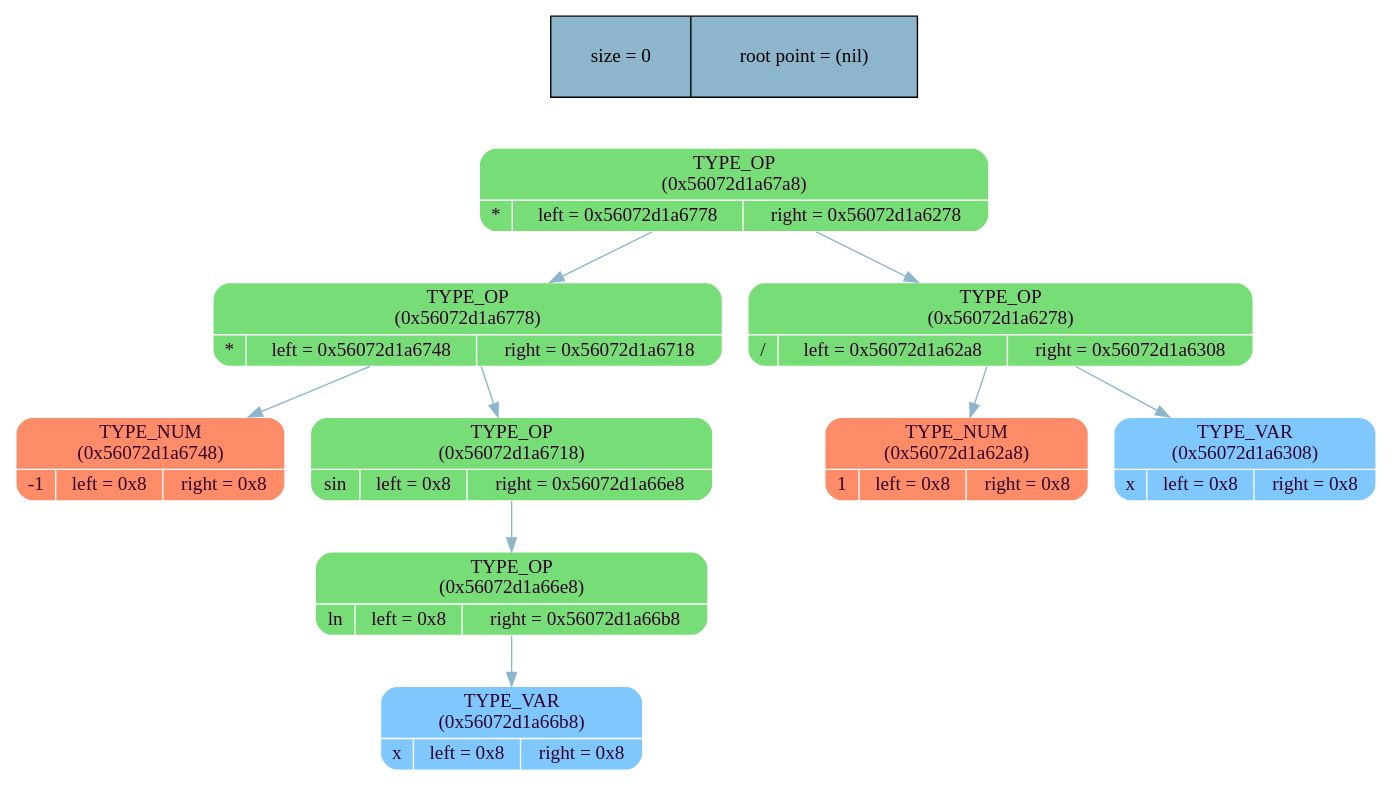
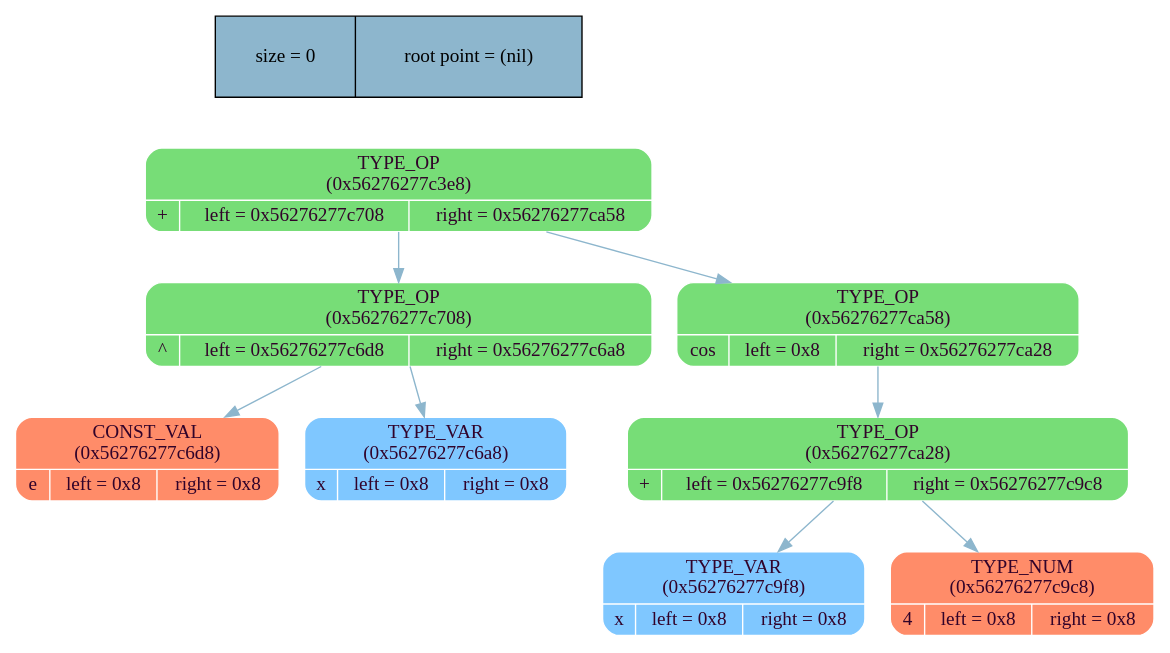
Before and after one commit to MaxGroshev/differentiator: the diagram in tree/graph_lib/tree_dump.dot, drawn with Graphviz. The commit also changed 18 other files, not shown here.

```diff
--- a/tree/graph_lib/tree_dump.dot
+++ b/tree/graph_lib/tree_dump.dot
@@ -1,26 +1,24 @@
 digraph   
 {
 rankdir = ""
 splines = "true"
 
 node_stat [margin = "0.3*0.3", style = "filled", shape = "record", fillcolor = "#8DB6CD" label = " size = 0 | root point = (nil)"]
 {rank = source; node_stat}
 
-node0x56072d1a67a8 [shape = "Mrecord", fillcolor = "#77DD77", style = "filled", fontcolor = "#31032A", fontname = "Calibri", color = "white", label = "{TYPE_OP\n (0x56072d1a67a8)| {* |left = 0x56072d1a6778 |right = 0x56072d1a6278}}"]
-node0x56072d1a67a8 -> node0x56072d1a6778 [color = "#8DB6CD", style = "", constraint = true, fillcolor = "#8DB6CD",   fontcolor = "", fontname = "Calibri", label = ""];
-node0x56072d1a6778 [shape = "Mrecord", fillcolor = "#77DD77", style = "filled", fontcolor = "#31032A", fontname = "Calibri", color = "white", label = "{TYPE_OP\n (0x56072d1a6778)| {* |left = 0x56072d1a6748 |right = 0x56072d1a6718}}"]
-node0x56072d1a6778 -> node0x56072d1a6748 [color = "#8DB6CD", style = "", constraint = true, fillcolor = "#8DB6CD",   fontcolor = "", fontname = "Calibri", label = ""];
-node0x56072d1a6748 [shape = "Mrecord", fillcolor = "#FF8C69", style = "filled", fontcolor = "#31032A", fontname = "Calibri", color = "white", label = "{TYPE_NUM\n (0x56072d1a6748)| {-1 |left = 0x8 |right = 0x8}}"]
-node0x56072d1a6778 -> node0x56072d1a6718 [color = "#8DB6CD", style = "", constraint = true, fillcolor = "#8DB6CD",   fontcolor = "", fontname = "Calibri", label = ""];
-node0x56072d1a6718 [shape = "Mrecord", fillcolor = "#77DD77", style = "filled", fontcolor = "#31032A", fontname = "Calibri", color = "white", label = "{TYPE_OP\n (0x56072d1a6718)| {sin |left = 0x8 |right = 0x56072d1a66e8}}"]
-node0x56072d1a6718 -> node0x56072d1a66e8 [color = "#8DB6CD", style = "", constraint = true, fillcolor = "#8DB6CD",   fontcolor = "", fontname = "Calibri", label = ""];
-node0x56072d1a66e8 [shape = "Mrecord", fillcolor = "#77DD77", style = "filled", fontcolor = "#31032A", fontname = "Calibri", color = "white", label = "{TYPE_OP\n (0x56072d1a66e8)| {ln |left = 0x8 |right = 0x56072d1a66b8}}"]
-node0x56072d1a66e8 -> node0x56072d1a66b8 [color = "#8DB6CD", style = "", constraint = true, fillcolor = "#8DB6CD",   fontcolor = "", fontname = "Calibri", label = ""];
-node0x56072d1a66b8 [shape = "Mrecord", fillcolor = "#7FC7FF", style = "filled", fontcolor = "#31032A", fontname = "Calibri", color = "white", label = "{TYPE_VAR\n (0x56072d1a66b8)| {x |left = 0x8 |right = 0x8}}"]
-node0x56072d1a67a8 -> node0x56072d1a6278 [color = "#8DB6CD", style = "", constraint = true, fillcolor = "#8DB6CD",   fontcolor = "", fontname = "Calibri", label = ""];
-node0x56072d1a6278 [shape = "Mrecord", fillcolor = "#77DD77", style = "filled", fontcolor = "#31032A", fontname = "Calibri", color = "white", label = "{TYPE_OP\n (0x56072d1a6278)| {/ |left = 0x56072d1a62a8 |right = 0x56072d1a6308}}"]
-node0x56072d1a6278 -> node0x56072d1a62a8 [color = "#8DB6CD", style = "", constraint = true, fillcolor = "#8DB6CD",   fontcolor = "", fontname = "Calibri", label = ""];
-node0x56072d1a62a8 [shape = "Mrecord", fillcolor = "#FF8C69", style = "filled", fontcolor = "#31032A", fontname = "Calibri", color = "white", label = "{TYPE_NUM\n (0x56072d1a62a8)| {1 |left = 0x8 |right = 0x8}}"]
-node0x56072d1a6278 -> node0x56072d1a6308 [color = "#8DB6CD", style = "", constraint = true, fillcolor = "#8DB6CD",   fontcolor = "", fontname = "Calibri", label = ""];
-node0x56072d1a6308 [shape = "Mrecord", fillcolor = "#7FC7FF", style = "filled", fontcolor = "#31032A", fontname = "Calibri", color = "white", label = "{TYPE_VAR\n (0x56072d1a6308)| {x |left = 0x8 |right = 0x8}}"]
+node0x56276277c3e8 [shape = "Mrecord", fillcolor = "#77DD77", style = "filled", fontcolor = "#31032A", fontname = "Calibri", color = "white", label = "{TYPE_OP\n (0x56276277c3e8)| {+ |left = 0x56276277c708 |right = 0x56276277ca58}}"]
+node0x56276277c3e8 -> node0x56276277c708 [color = "#8DB6CD", style = "", constraint = true, fillcolor = "#8DB6CD",   fontcolor = "", fontname = "Calibri", label = ""];
+node0x56276277c708 [shape = "Mrecord", fillcolor = "#77DD77", style = "filled", fontcolor = "#31032A", fontname = "Calibri", color = "white", label = "{TYPE_OP\n (0x56276277c708)| {^ |left = 0x56276277c6d8 |right = 0x56276277c6a8}}"]
+node0x56276277c708 -> node0x56276277c6d8 [color = "#8DB6CD", style = "", constraint = true, fillcolor = "#8DB6CD",   fontcolor = "", fontname = "Calibri", label = ""];
+node0x56276277c6d8 [shape = "Mrecord", fillcolor = "#FF8C69", style = "filled", fontcolor = "#31032A", fontname = "Calibri", color = "white", label = "{CONST_VAL\n (0x56276277c6d8)| {e |left = 0x8 |right = 0x8}}"]
+node0x56276277c708 -> node0x56276277c6a8 [color = "#8DB6CD", style = "", constraint = true, fillcolor = "#8DB6CD",   fontcolor = "", fontname = "Calibri", label = ""];
+node0x56276277c6a8 [shape = "Mrecord", fillcolor = "#7FC7FF", style = "filled", fontcolor = "#31032A", fontname = "Calibri", color = "white", label = "{TYPE_VAR\n (0x56276277c6a8)| {x |left = 0x8 |right = 0x8}}"]
+node0x56276277c3e8 -> node0x56276277ca58 [color = "#8DB6CD", style = "", constraint = true, fillcolor = "#8DB6CD",   fontcolor = "", fontname = "Calibri", label = ""];
+node0x56276277ca58 [shape = "Mrecord", fillcolor = "#77DD77", style = "filled", fontcolor = "#31032A", fontname = "Calibri", color = "white", label = "{TYPE_OP\n (0x56276277ca58)| {cos |left = 0x8 |right = 0x56276277ca28}}"]
+node0x56276277ca58 -> node0x56276277ca28 [color = "#8DB6CD", style = "", constraint = true, fillcolor = "#8DB6CD",   fontcolor = "", fontname = "Calibri", label = ""];
+node0x56276277ca28 [shape = "Mrecord", fillcolor = "#77DD77", style = "filled", fontcolor = "#31032A", fontname = "Calibri", color = "white", label = "{TYPE_OP\n (0x56276277ca28)| {+ |left = 0x56276277c9f8 |right = 0x56276277c9c8}}"]
+node0x56276277ca28 -> node0x56276277c9f8 [color = "#8DB6CD", style = "", constraint = true, fillcolor = "#8DB6CD",   fontcolor = "", fontname = "Calibri", label = ""];
+node0x56276277c9f8 [shape = "Mrecord", fillcolor = "#7FC7FF", style = "filled", fontcolor = "#31032A", fontname = "Calibri", color = "white", label = "{TYPE_VAR\n (0x56276277c9f8)| {x |left = 0x8 |right = 0x8}}"]
+node0x56276277ca28 -> node0x56276277c9c8 [color = "#8DB6CD", style = "", constraint = true, fillcolor = "#8DB6CD",   fontcolor = "", fontname = "Calibri", label = ""];
+node0x56276277c9c8 [shape = "Mrecord", fillcolor = "#FF8C69", style = "filled", fontcolor = "#31032A", fontname = "Calibri", color = "white", label = "{TYPE_NUM\n (0x56276277c9c8)| {4 |left = 0x8 |right = 0x8}}"]
 }
```
